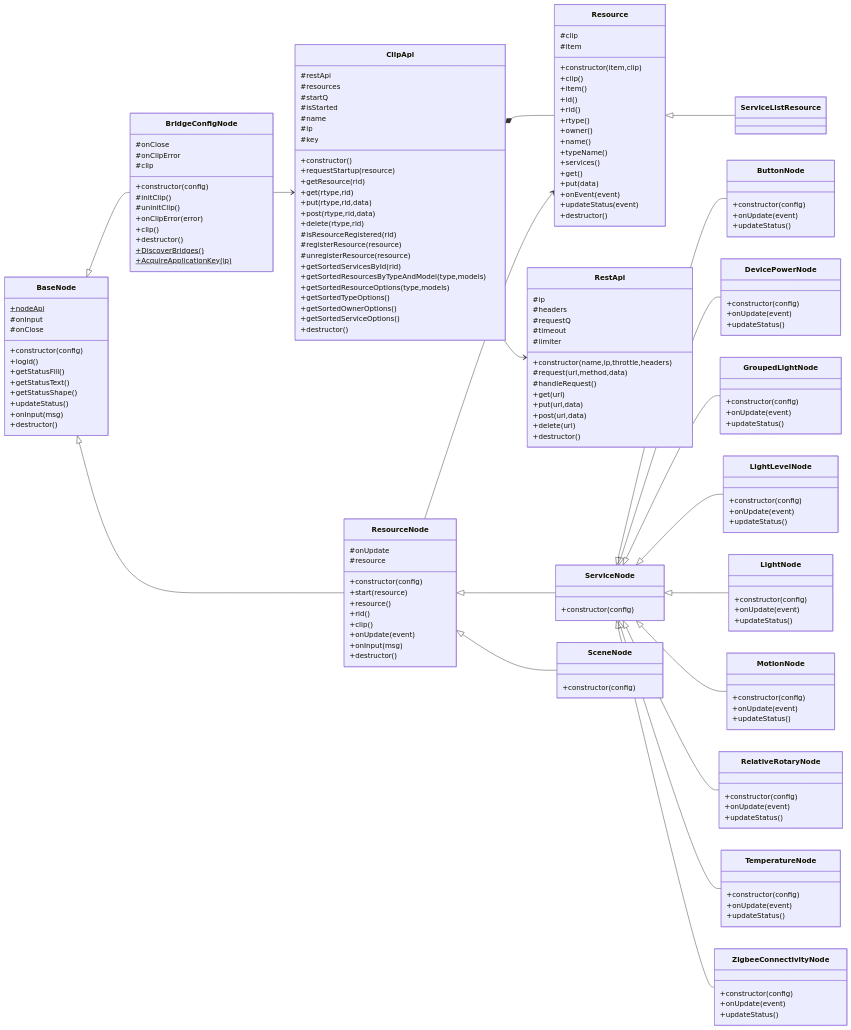
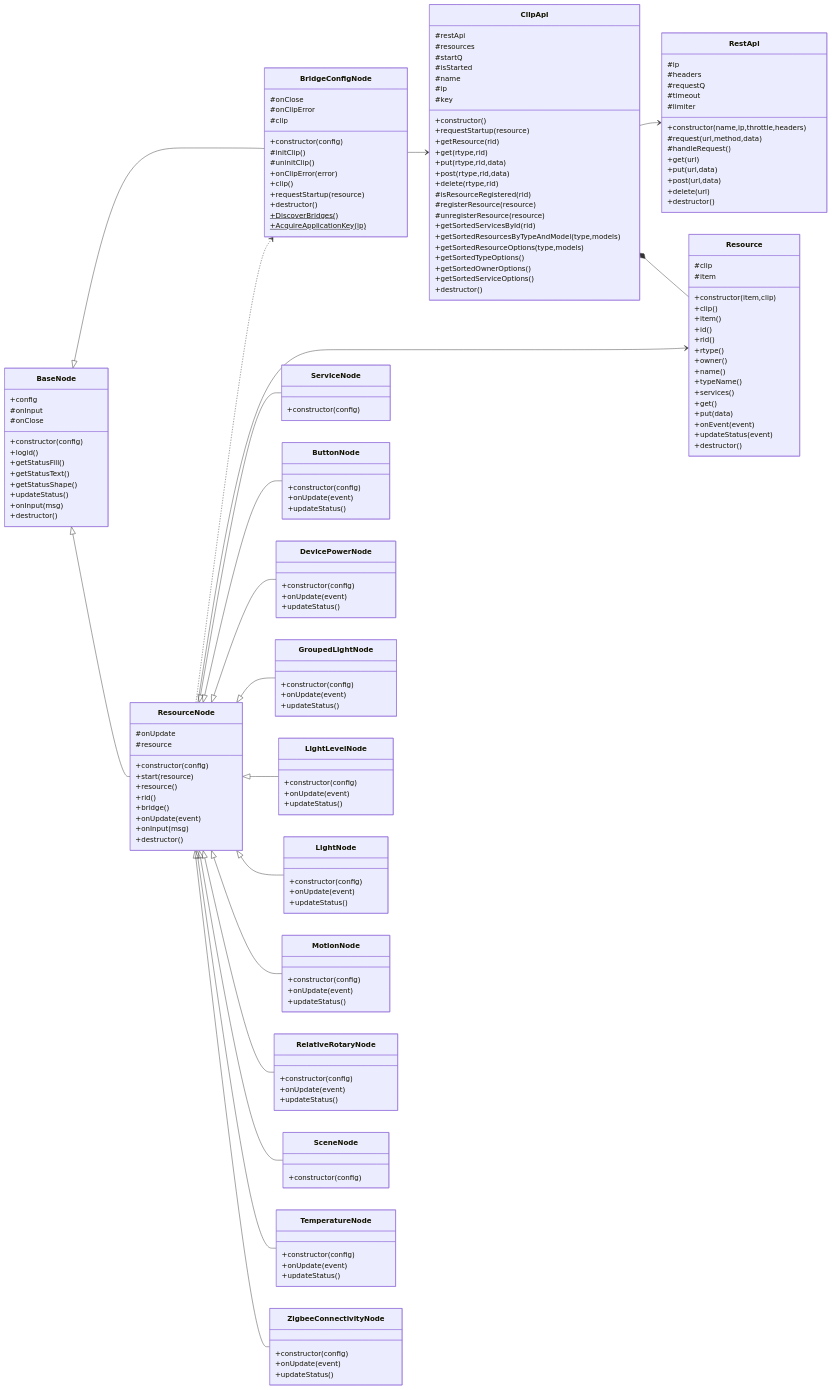
Before and after one commit to hurenkam/node-red-hue-services: the third of 3 diagrams in README.md, drawn with Mermaid.

````diff
--- a/README.md
+++ b/README.md
@@ -89,10 +89,10 @@
 classDiagram
 
 class BaseNode {
-    +nodeApi$
+    +config
     #onInput
     #onClose
-    
+
     +constructor(config)
     +logid()
     +getStatusFill()
@@ -111,7 +111,7 @@
     +start(resource)
     +resource()
     +rid()
-    +clip()
+    +bridge()
     +onUpdate(event)
     +onInput(msg)
     +destructor()
@@ -131,6 +131,7 @@
     #uninitClip()
     +onClipError(error)
     +clip()
+    +requestStartup(resource)
     +destructor()
     
     +DiscoverBridges()$
@@ -264,22 +265,22 @@
 direction LR
 BaseNode <|-- BridgeConfigNode
 BaseNode <|-- ResourceNode
+ResourceNode ..> BridgeConfigNode
+ResourceNode --> Resource
 ResourceNode <|-- ServiceNode
-ServiceNode <|-- ButtonNode
-ServiceNode <|-- DevicePowerNode
-ServiceNode <|-- GroupedLightNode
-ServiceNode <|-- LightLevelNode
-ServiceNode <|-- LightNode
-ServiceNode <|-- MotionNode
-ServiceNode <|-- RelativeRotaryNode
-ServiceNode <|-- TemperatureNode
-ServiceNode <|-- ZigbeeConnectivityNode
+ResourceNode <|-- ButtonNode
+ResourceNode <|-- DevicePowerNode
+ResourceNode <|-- GroupedLightNode
+ResourceNode <|-- LightLevelNode
+ResourceNode <|-- LightNode
+ResourceNode <|-- MotionNode
+ResourceNode <|-- RelativeRotaryNode
 ResourceNode <|-- SceneNode
+ResourceNode <|-- TemperatureNode
+ResourceNode <|-- ZigbeeConnectivityNode
 
 BridgeConfigNode --> ClipApi
+ClipApi --> RestApi
 ClipApi *-- Resource
-ClipApi --> RestApi
-Resource <|-- ServiceListResource
-ResourceNode --> Resource
 
 ```
````
